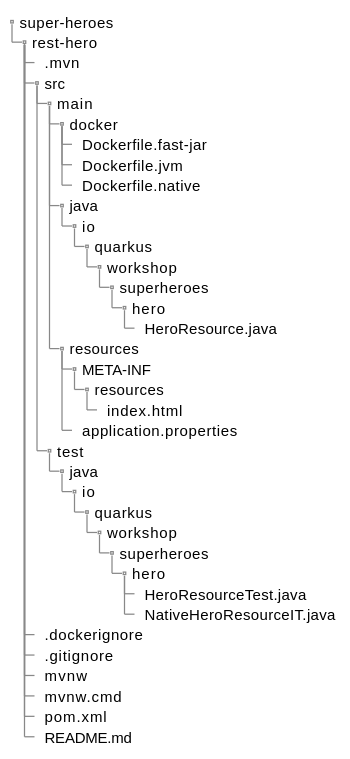
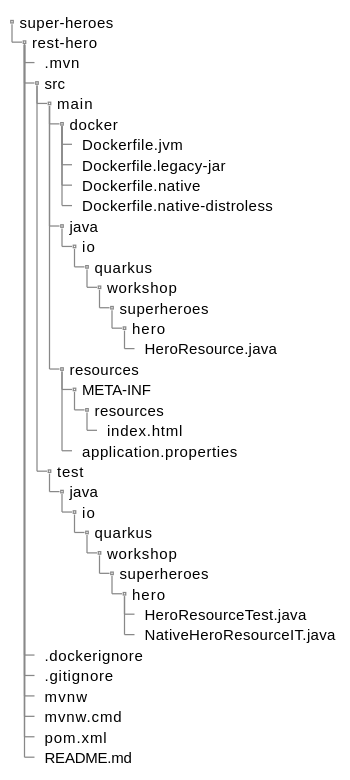
One commit to quarkusio/quarkus-workshops changed the diagram in quarkus-workshop-super-heroes/docs/src/main/asciidoc/rest-bootstrapping.adoc. Above: the diagram before and after it, drawn with PlantUML. The commit also changed other lines of this file and 18 other files, not shown here.

```diff
--- a/quarkus-workshop-super-heroes/docs/src/main/asciidoc/rest-bootstrapping.adoc
+++ b/quarkus-workshop-super-heroes/docs/src/main/asciidoc/rest-bootstrapping.adoc
@@ -30,46 +30,47 @@
 [plantuml]
 ----
 @startsalt
 {
 {
 T
 super-heroes
 +  rest-hero
 ++  .mvn
 ++  src
 +++  main
 ++++  docker
-+++++  Dockerfile.fast-jar
 +++++  Dockerfile.jvm
++++++  Dockerfile.legacy-jar
 +++++  Dockerfile.native
++++++  Dockerfile.native-distroless
 ++++  java
 +++++  io
 ++++++  quarkus
 +++++++  workshop
 ++++++++  superheroes
 +++++++++  hero
 ++++++++++  HeroResource.java
 ++++  resources
 +++++  META-INF
 ++++++  resources
 +++++++  index.html
 +++++  application.properties
 +++  test
 ++++  java
 +++++  io
 ++++++  quarkus
 +++++++  workshop
 ++++++++  superheroes
 +++++++++  hero
 ++++++++++  HeroResourceTest.java
 ++++++++++  NativeHeroResourceIT.java
 ++  .dockerignore
 ++  .gitignore
 ++  mvnw
 ++  mvnw.cmd
 ++  pom.xml
 ++  README.md
 }
 }
 @endsalt
 ----
```
